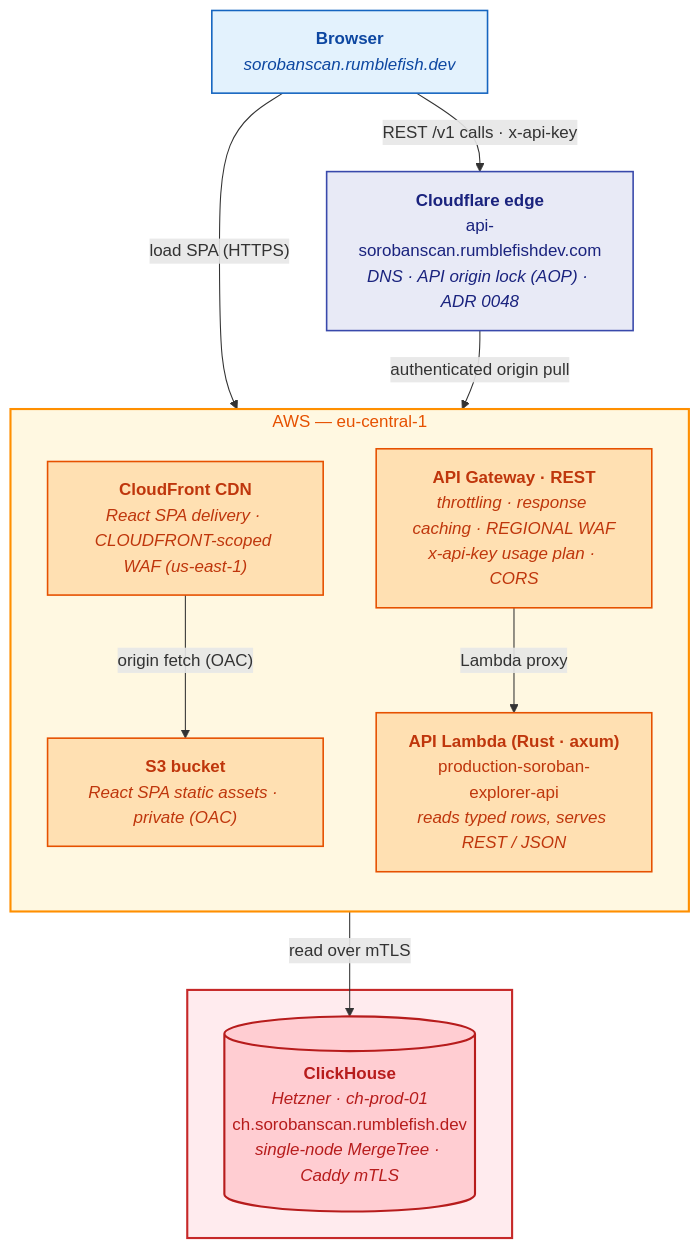
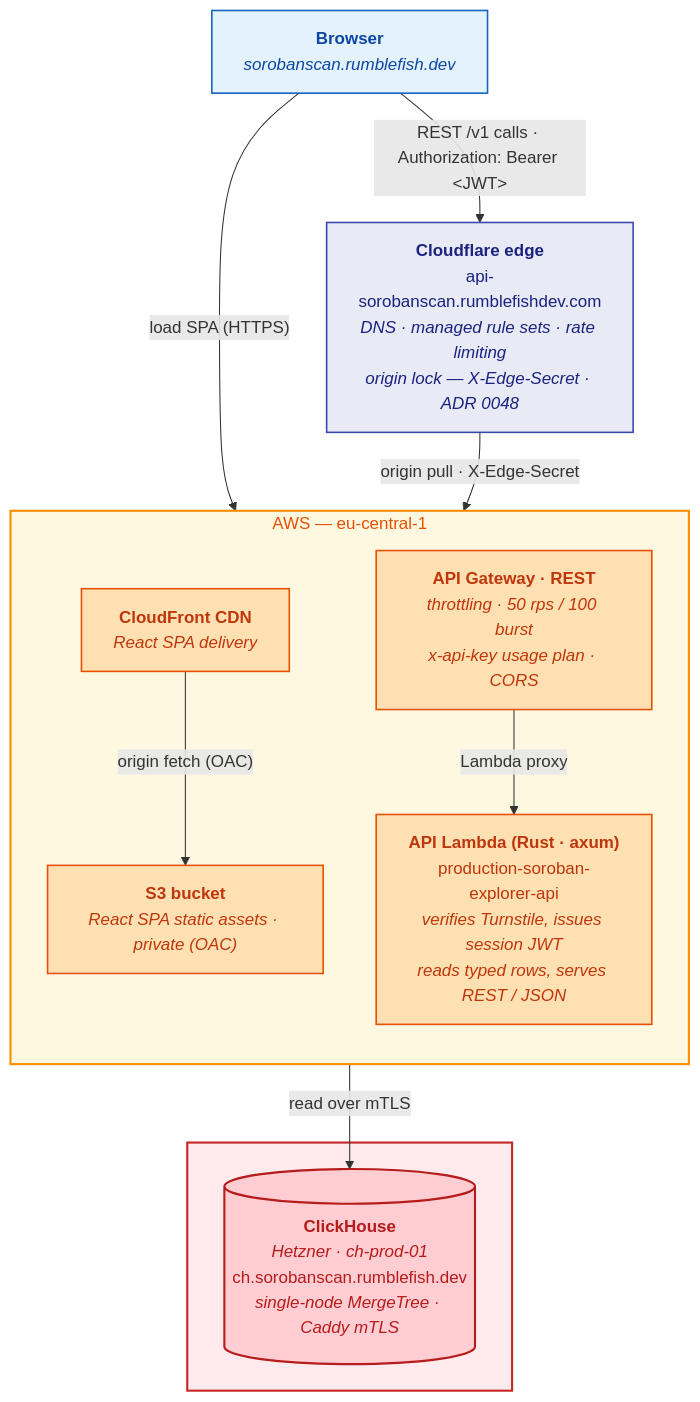
Before and after one commit to rumblefishdev/soroban-block-explorer: the diagram in docs/scf/architecture-m2-read-path.mmd, drawn with Mermaid. The commit also changed 12 other files, not shown here.

```diff
--- a/docs/scf/architecture-m2-read-path.mmd
+++ b/docs/scf/architecture-m2-read-path.mmd
@@ -1,37 +1,37 @@
 %%{init: {"flowchart": {"curve": "basis"}}}%%
 flowchart TB
     USER["<b>Browser</b><br/><i>sorobanscan.rumblefish.dev</i>"]
 
-    CFLARE["<b>Cloudflare edge</b><br/>api-sorobanscan.rumblefishdev.com<br/><i>DNS · API origin lock (AOP) · ADR 0048</i>"]
+    CFLARE["<b>Cloudflare edge</b><br/>api-sorobanscan.rumblefishdev.com<br/><i>DNS · managed rule sets · rate limiting</i><br/><i>origin lock — X-Edge-Secret · ADR 0048</i>"]
 
     subgraph AWS["AWS — eu-central-1"]
         direction TB
-        CF["<b>CloudFront CDN</b><br/><i>React SPA delivery · CLOUDFRONT-scoped WAF (us-east-1)</i>"]
+        CF["<b>CloudFront CDN</b><br/><i>React SPA delivery</i>"]
         S3["<b>S3 bucket</b><br/><i>React SPA static assets · private (OAC)</i>"]
-        APIGW["<b>API Gateway · REST</b><br/><i>throttling · response caching · REGIONAL WAF</i><br/><i>x-api-key usage plan · CORS</i>"]
-        API["<b>API Lambda (Rust · axum)</b><br/>production-soroban-explorer-api<br/><i>reads typed rows, serves REST / JSON</i>"]
+        APIGW["<b>API Gateway · REST</b><br/><i>throttling · 50 rps / 100 burst</i><br/><i>x-api-key usage plan · CORS</i>"]
+        API["<b>API Lambda (Rust · axum)</b><br/>production-soroban-explorer-api<br/><i>verifies Turnstile, issues session JWT</i><br/><i>reads typed rows, serves REST / JSON</i>"]
     end
 
     subgraph HET[" "]
         CH[("<b>ClickHouse</b><br/><i>Hetzner · ch-prod-01</i><br/>ch.sorobanscan.rumblefish.dev<br/><i>single-node MergeTree · Caddy mTLS</i>")]
     end
 
     USER -->|"load SPA (HTTPS)"| CF
     CF -->|"origin fetch (OAC)"| S3
-    USER -->|"REST /v1 calls · x-api-key"| CFLARE
-    CFLARE -->|"authenticated origin pull"| APIGW
+    USER -->|"REST /v1 calls · Authorization: Bearer &lt;JWT&gt;"| CFLARE
+    CFLARE -->|"origin pull · X-Edge-Secret"| APIGW
     APIGW -->|"Lambda proxy"| API
     API -->|"read over mTLS"| CH
 
     classDef aws      fill:#FFE0B2,stroke:#E65100,stroke-width:1.5px,color:#BF360C
     classDef external fill:#E3F2FD,stroke:#1565C0,stroke-width:1.5px,color:#0D47A1
     classDef database fill:#FFCDD2,stroke:#B71C1C,stroke-width:2px,color:#B71C1C
     classDef edge     fill:#E8EAF6,stroke:#3949AB,stroke-width:1.5px,color:#1A237E
 
     class USER external
     class CFLARE edge
     class CF,S3,APIGW,API aws
     class CH database
 
     style AWS fill:#FFF8E1,stroke:#FF8F00,stroke-width:2px,color:#E65100
     style HET fill:#FFEBEE,stroke:#C62828,stroke-width:2px,color:#B71C1C
```
